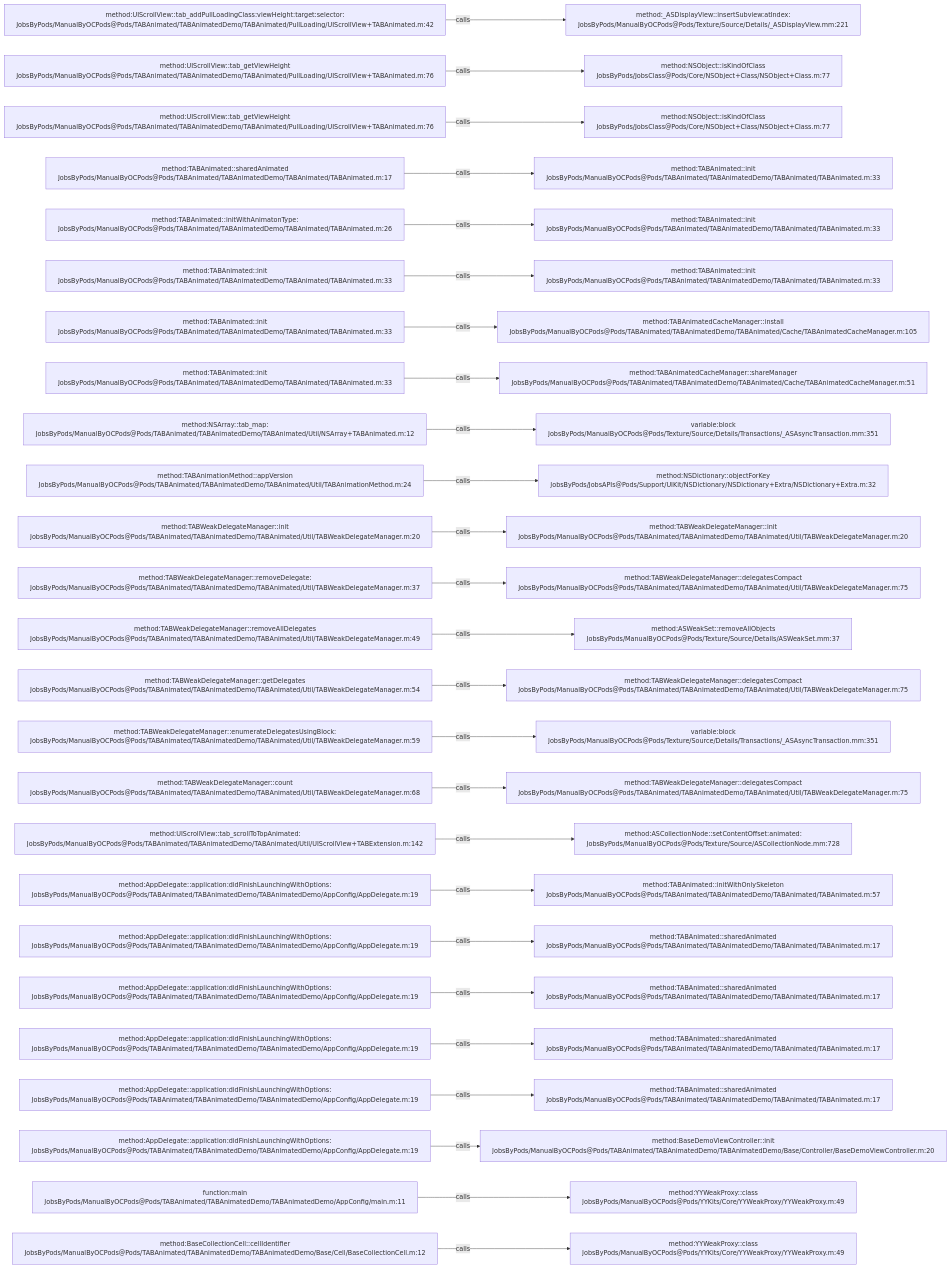
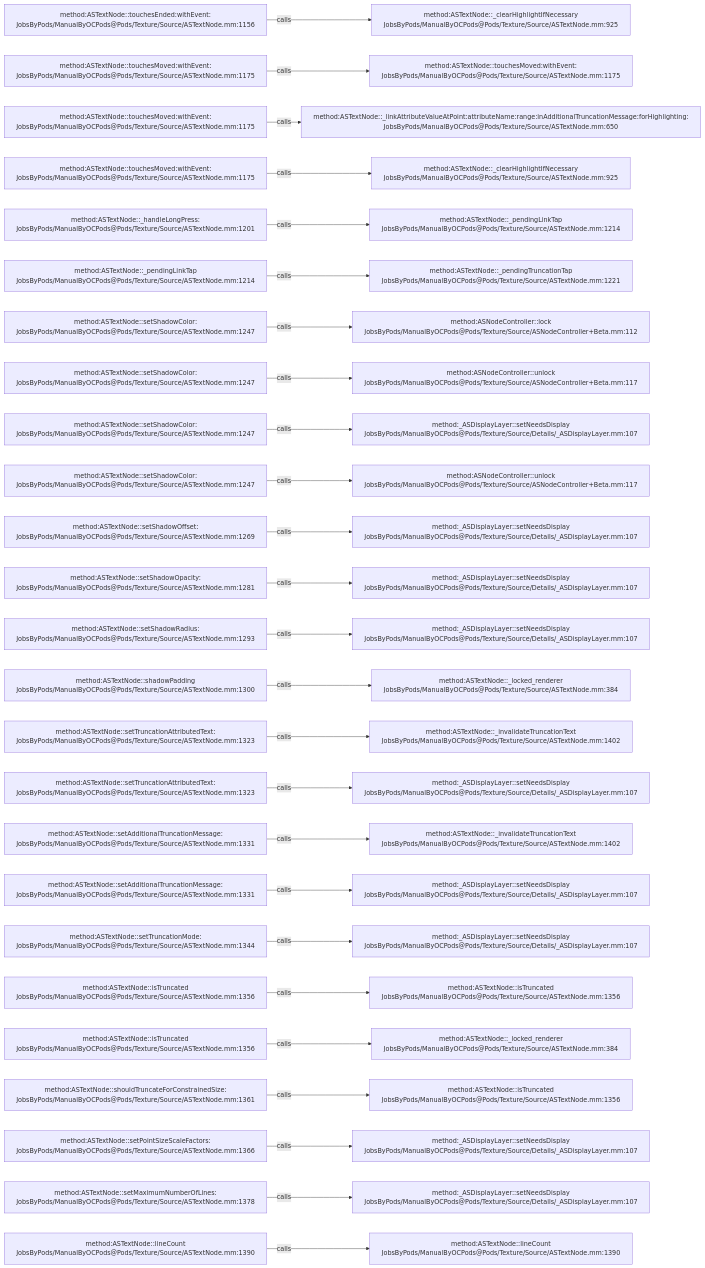
One commit to JobsKits/JobsOCBaseConfigDemo changed the diagram in .codegraph/codegraph.md/graphs/calls-145.md. Above: the diagram before and after it, drawn with Mermaid. The commit also changed 2162 other files, not shown here.

````diff
--- a/.codegraph/codegraph.md/graphs/calls-145.md
+++ b/.codegraph/codegraph.md/graphs/calls-145.md
@@ -13,78 +13,78 @@
 ```mermaid
 flowchart LR
-  S1["method:UIScrollView::tab_addPullLoadingClass:viewHeight:target:selector:<br/>JobsByPods/ManualByOCPods@Pods/TABAnimated/TABAnimatedDemo/TABAnimated/PullLoading/UIScrollView+TABAnimated.m:42"]
-  T1["method:_ASDisplayView::insertSubview:atIndex:<br/>JobsByPods/ManualByOCPods@Pods/Texture/Source/Details/_ASDisplayView.mm:221"]
+  S1["method:ASTextNode::touchesEnded:withEvent:<br/>JobsByPods/ManualByOCPods@Pods/Texture/Source/ASTextNode.mm:1156"]
+  T1["method:ASTextNode::_clearHighlightIfNecessary<br/>JobsByPods/ManualByOCPods@Pods/Texture/Source/ASTextNode.mm:925"]
   S1 -->|calls| T1
-  S2["method:UIScrollView::tab_getViewHeight<br/>JobsByPods/ManualByOCPods@Pods/TABAnimated/TABAnimatedDemo/TABAnimated/PullLoading/UIScrollView+TABAnimated.m:76"]
-  T2["method:NSObject::isKindOfClass<br/>JobsByPods/JobsClass@Pods/Core/NSObject+Class/NSObject+Class.m:77"]
+  S2["method:ASTextNode::touchesMoved:withEvent:<br/>JobsByPods/ManualByOCPods@Pods/Texture/Source/ASTextNode.mm:1175"]
+  T2["method:ASTextNode::touchesMoved:withEvent:<br/>JobsByPods/ManualByOCPods@Pods/Texture/Source/ASTextNode.mm:1175"]
   S2 -->|calls| T2
-  S3["method:UIScrollView::tab_getViewHeight<br/>JobsByPods/ManualByOCPods@Pods/TABAnimated/TABAnimatedDemo/TABAnimated/PullLoading/UIScrollView+TABAnimated.m:76"]
-  T3["method:NSObject::isKindOfClass<br/>JobsByPods/JobsClass@Pods/Core/NSObject+Class/NSObject+Class.m:77"]
+  S3["method:ASTextNode::touchesMoved:withEvent:<br/>JobsByPods/ManualByOCPods@Pods/Texture/Source/ASTextNode.mm:1175"]
+  T3["method:ASTextNode::_linkAttributeValueAtPoint:attributeName:range:inAdditionalTruncationMessage:forHighlighting:<br/>JobsByPods/ManualByOCPods@Pods/Texture/Source/ASTextNode.mm:650"]
   S3 -->|calls| T3
-  S4["method:TABAnimated::sharedAnimated<br/>JobsByPods/ManualByOCPods@Pods/TABAnimated/TABAnimatedDemo/TABAnimated/TABAnimated.m:17"]
-  T4["method:TABAnimated::init<br/>JobsByPods/ManualByOCPods@Pods/TABAnimated/TABAnimatedDemo/TABAnimated/TABAnimated.m:33"]
+  S4["method:ASTextNode::touchesMoved:withEvent:<br/>JobsByPods/ManualByOCPods@Pods/Texture/Source/ASTextNode.mm:1175"]
+  T4["method:ASTextNode::_clearHighlightIfNecessary<br/>JobsByPods/ManualByOCPods@Pods/Texture/Source/ASTextNode.mm:925"]
   S4 -->|calls| T4
-  S5["method:TABAnimated::initWithAnimatonType:<br/>JobsByPods/ManualByOCPods@Pods/TABAnimated/TABAnimatedDemo/TABAnimated/TABAnimated.m:26"]
-  T5["method:TABAnimated::init<br/>JobsByPods/ManualByOCPods@Pods/TABAnimated/TABAnimatedDemo/TABAnimated/TABAnimated.m:33"]
+  S5["method:ASTextNode::_handleLongPress:<br/>JobsByPods/ManualByOCPods@Pods/Texture/Source/ASTextNode.mm:1201"]
+  T5["method:ASTextNode::_pendingLinkTap<br/>JobsByPods/ManualByOCPods@Pods/Texture/Source/ASTextNode.mm:1214"]
   S5 -->|calls| T5
-  S6["method:TABAnimated::init<br/>JobsByPods/ManualByOCPods@Pods/TABAnimated/TABAnimatedDemo/TABAnimated/TABAnimated.m:33"]
-  T6["method:TABAnimated::init<br/>JobsByPods/ManualByOCPods@Pods/TABAnimated/TABAnimatedDemo/TABAnimated/TABAnimated.m:33"]
+  S6["method:ASTextNode::_pendingLinkTap<br/>JobsByPods/ManualByOCPods@Pods/Texture/Source/ASTextNode.mm:1214"]
+  T6["method:ASTextNode::_pendingTruncationTap<br/>JobsByPods/ManualByOCPods@Pods/Texture/Source/ASTextNode.mm:1221"]
   S6 -->|calls| T6
-  S7["method:TABAnimated::init<br/>JobsByPods/ManualByOCPods@Pods/TABAnimated/TABAnimatedDemo/TABAnimated/TABAnimated.m:33"]
-  T7["method:TABAnimatedCacheManager::install<br/>JobsByPods/ManualByOCPods@Pods/TABAnimated/TABAnimatedDemo/TABAnimated/Cache/TABAnimatedCacheManager.m:105"]
+  S7["method:ASTextNode::setShadowColor:<br/>JobsByPods/ManualByOCPods@Pods/Texture/Source/ASTextNode.mm:1247"]
+  T7["method:ASNodeController::lock<br/>JobsByPods/ManualByOCPods@Pods/Texture/Source/ASNodeController+Beta.mm:112"]
   S7 -->|calls| T7
-  S8["method:TABAnimated::init<br/>JobsByPods/ManualByOCPods@Pods/TABAnimated/TABAnimatedDemo/TABAnimated/TABAnimated.m:33"]
-  T8["method:TABAnimatedCacheManager::shareManager<br/>JobsByPods/ManualByOCPods@Pods/TABAnimated/TABAnimatedDemo/TABAnimated/Cache/TABAnimatedCacheManager.m:51"]
+  S8["method:ASTextNode::setShadowColor:<br/>JobsByPods/ManualByOCPods@Pods/Texture/Source/ASTextNode.mm:1247"]
+  T8["method:ASNodeController::unlock<br/>JobsByPods/ManualByOCPods@Pods/Texture/Source/ASNodeController+Beta.mm:117"]
   S8 -->|calls| T8
-  S9["method:NSArray::tab_map:<br/>JobsByPods/ManualByOCPods@Pods/TABAnimated/TABAnimatedDemo/TABAnimated/Util/NSArray+TABAnimated.m:12"]
-  T9["variable:block<br/>JobsByPods/ManualByOCPods@Pods/Texture/Source/Details/Transactions/_ASAsyncTransaction.mm:351"]
+  S9["method:ASTextNode::setShadowColor:<br/>JobsByPods/ManualByOCPods@Pods/Texture/Source/ASTextNode.mm:1247"]
+  T9["method:_ASDisplayLayer::setNeedsDisplay<br/>JobsByPods/ManualByOCPods@Pods/Texture/Source/Details/_ASDisplayLayer.mm:107"]
   S9 -->|calls| T9
-  S10["method:TABAnimationMethod::appVersion<br/>JobsByPods/ManualByOCPods@Pods/TABAnimated/TABAnimatedDemo/TABAnimated/Util/TABAnimationMethod.m:24"]
-  T10["method:NSDictionary::objectForKey<br/>JobsByPods/JobsAPIs@Pods/Support/UIKit/NSDictionary/NSDictionary+Extra/NSDictionary+Extra.m:32"]
+  S10["method:ASTextNode::setShadowColor:<br/>JobsByPods/ManualByOCPods@Pods/Texture/Source/ASTextNode.mm:1247"]
+  T10["method:ASNodeController::unlock<br/>JobsByPods/ManualByOCPods@Pods/Texture/Source/ASNodeController+Beta.mm:117"]
   S10 -->|calls| T10
-  S11["method:TABWeakDelegateManager::init<br/>JobsByPods/ManualByOCPods@Pods/TABAnimated/TABAnimatedDemo/TABAnimated/Util/TABWeakDelegateManager.m:20"]
-  T11["method:TABWeakDelegateManager::init<br/>JobsByPods/ManualByOCPods@Pods/TABAnimated/TABAnimatedDemo/TABAnimated/Util/TABWeakDelegateManager.m:20"]
+  S11["method:ASTextNode::setShadowOffset:<br/>JobsByPods/ManualByOCPods@Pods/Texture/Source/ASTextNode.mm:1269"]
+  T11["method:_ASDisplayLayer::setNeedsDisplay<br/>JobsByPods/ManualByOCPods@Pods/Texture/Source/Details/_ASDisplayLayer.mm:107"]
   S11 -->|calls| T11
-  S12["method:TABWeakDelegateManager::removeDelegate:<br/>JobsByPods/ManualByOCPods@Pods/TABAnimated/TABAnimatedDemo/TABAnimated/Util/TABWeakDelegateManager.m:37"]
-  T12["method:TABWeakDelegateManager::delegatesCompact<br/>JobsByPods/ManualByOCPods@Pods/TABAnimated/TABAnimatedDemo/TABAnimated/Util/TABWeakDelegateManager.m:75"]
+  S12["method:ASTextNode::setShadowOpacity:<br/>JobsByPods/ManualByOCPods@Pods/Texture/Source/ASTextNode.mm:1281"]
+  T12["method:_ASDisplayLayer::setNeedsDisplay<br/>JobsByPods/ManualByOCPods@Pods/Texture/Source/Details/_ASDisplayLayer.mm:107"]
   S12 -->|calls| T12
-  S13["method:TABWeakDelegateManager::removeAllDelegates<br/>JobsByPods/ManualByOCPods@Pods/TABAnimated/TABAnimatedDemo/TABAnimated/Util/TABWeakDelegateManager.m:49"]
-  T13["method:ASWeakSet::removeAllObjects<br/>JobsByPods/ManualByOCPods@Pods/Texture/Source/Details/ASWeakSet.mm:37"]
+  S13["method:ASTextNode::setShadowRadius:<br/>JobsByPods/ManualByOCPods@Pods/Texture/Source/ASTextNode.mm:1293"]
+  T13["method:_ASDisplayLayer::setNeedsDisplay<br/>JobsByPods/ManualByOCPods@Pods/Texture/Source/Details/_ASDisplayLayer.mm:107"]
   S13 -->|calls| T13
-  S14["method:TABWeakDelegateManager::getDelegates<br/>JobsByPods/ManualByOCPods@Pods/TABAnimated/TABAnimatedDemo/TABAnimated/Util/TABWeakDelegateManager.m:54"]
-  T14["method:TABWeakDelegateManager::delegatesCompact<br/>JobsByPods/ManualByOCPods@Pods/TABAnimated/TABAnimatedDemo/TABAnimated/Util/TABWeakDelegateManager.m:75"]
+  S14["method:ASTextNode::shadowPadding<br/>JobsByPods/ManualByOCPods@Pods/Texture/Source/ASTextNode.mm:1300"]
+  T14["method:ASTextNode::_locked_renderer<br/>JobsByPods/ManualByOCPods@Pods/Texture/Source/ASTextNode.mm:384"]
   S14 -->|calls| T14
-  S15["method:TABWeakDelegateManager::enumerateDelegatesUsingBlock:<br/>JobsByPods/ManualByOCPods@Pods/TABAnimated/TABAnimatedDemo/TABAnimated/Util/TABWeakDelegateManager.m:59"]
-  T15["variable:block<br/>JobsByPods/ManualByOCPods@Pods/Texture/Source/Details/Transactions/_ASAsyncTransaction.mm:351"]
+  S15["method:ASTextNode::setTruncationAttributedText:<br/>JobsByPods/ManualByOCPods@Pods/Texture/Source/ASTextNode.mm:1323"]
+  T15["method:ASTextNode::_invalidateTruncationText<br/>JobsByPods/ManualByOCPods@Pods/Texture/Source/ASTextNode.mm:1402"]
   S15 -->|calls| T15
-  S16["method:TABWeakDelegateManager::count<br/>JobsByPods/ManualByOCPods@Pods/TABAnimated/TABAnimatedDemo/TABAnimated/Util/TABWeakDelegateManager.m:68"]
-  T16["method:TABWeakDelegateManager::delegatesCompact<br/>JobsByPods/ManualByOCPods@Pods/TABAnimated/TABAnimatedDemo/TABAnimated/Util/TABWeakDelegateManager.m:75"]
+  S16["method:ASTextNode::setTruncationAttributedText:<br/>JobsByPods/ManualByOCPods@Pods/Texture/Source/ASTextNode.mm:1323"]
+  T16["method:_ASDisplayLayer::setNeedsDisplay<br/>JobsByPods/ManualByOCPods@Pods/Texture/Source/Details/_ASDisplayLayer.mm:107"]
   S16 -->|calls| T16
-  S17["method:UIScrollView::tab_scrollToTopAnimated:<br/>JobsByPods/ManualByOCPods@Pods/TABAnimated/TABAnimatedDemo/TABAnimated/Util/UIScrollView+TABExtension.m:142"]
-  T17["method:ASCollectionNode::setContentOffset:animated:<br/>JobsByPods/ManualByOCPods@Pods/Texture/Source/ASCollectionNode.mm:728"]
+  S17["method:ASTextNode::setAdditionalTruncationMessage:<br/>JobsByPods/ManualByOCPods@Pods/Texture/Source/ASTextNode.mm:1331"]
+  T17["method:ASTextNode::_invalidateTruncationText<br/>JobsByPods/ManualByOCPods@Pods/Texture/Source/ASTextNode.mm:1402"]
   S17 -->|calls| T17
-  S18["method:AppDelegate::application:didFinishLaunchingWithOptions:<br/>JobsByPods/ManualByOCPods@Pods/TABAnimated/TABAnimatedDemo/TABAnimatedDemo/AppConfig/AppDelegate.m:19"]
-  T18["method:TABAnimated::initWithOnlySkeleton<br/>JobsByPods/ManualByOCPods@Pods/TABAnimated/TABAnimatedDemo/TABAnimated/TABAnimated.m:57"]
+  S18["method:ASTextNode::setAdditionalTruncationMessage:<br/>JobsByPods/ManualByOCPods@Pods/Texture/Source/ASTextNode.mm:1331"]
+  T18["method:_ASDisplayLayer::setNeedsDisplay<br/>JobsByPods/ManualByOCPods@Pods/Texture/Source/Details/_ASDisplayLayer.mm:107"]
   S18 -->|calls| T18
-  S19["method:AppDelegate::application:didFinishLaunchingWithOptions:<br/>JobsByPods/ManualByOCPods@Pods/TABAnimated/TABAnimatedDemo/TABAnimatedDemo/AppConfig/AppDelegate.m:19"]
-  T19["method:TABAnimated::sharedAnimated<br/>JobsByPods/ManualByOCPods@Pods/TABAnimated/TABAnimatedDemo/TABAnimated/TABAnimated.m:17"]
+  S19["method:ASTextNode::setTruncationMode:<br/>JobsByPods/ManualByOCPods@Pods/Texture/Source/ASTextNode.mm:1344"]
+  T19["method:_ASDisplayLayer::setNeedsDisplay<br/>JobsByPods/ManualByOCPods@Pods/Texture/Source/Details/_ASDisplayLayer.mm:107"]
   S19 -->|calls| T19
-  S20["method:AppDelegate::application:didFinishLaunchingWithOptions:<br/>JobsByPods/ManualByOCPods@Pods/TABAnimated/TABAnimatedDemo/TABAnimatedDemo/AppConfig/AppDelegate.m:19"]
-  T20["method:TABAnimated::sharedAnimated<br/>JobsByPods/ManualByOCPods@Pods/TABAnimated/TABAnimatedDemo/TABAnimated/TABAnimated.m:17"]
+  S20["method:ASTextNode::isTruncated<br/>JobsByPods/ManualByOCPods@Pods/Texture/Source/ASTextNode.mm:1356"]
+  T20["method:ASTextNode::isTruncated<br/>JobsByPods/ManualByOCPods@Pods/Texture/Source/ASTextNode.mm:1356"]
   S20 -->|calls| T20
-  S21["method:AppDelegate::application:didFinishLaunchingWithOptions:<br/>JobsByPods/ManualByOCPods@Pods/TABAnimated/TABAnimatedDemo/TABAnimatedDemo/AppConfig/AppDelegate.m:19"]
-  T21["method:TABAnimated::sharedAnimated<br/>JobsByPods/ManualByOCPods@Pods/TABAnimated/TABAnimatedDemo/TABAnimated/TABAnimated.m:17"]
+  S21["method:ASTextNode::isTruncated<br/>JobsByPods/ManualByOCPods@Pods/Texture/Source/ASTextNode.mm:1356"]
+  T21["method:ASTextNode::_locked_renderer<br/>JobsByPods/ManualByOCPods@Pods/Texture/Source/ASTextNode.mm:384"]
   S21 -->|calls| T21
-  S22["method:AppDelegate::application:didFinishLaunchingWithOptions:<br/>JobsByPods/ManualByOCPods@Pods/TABAnimated/TABAnimatedDemo/TABAnimatedDemo/AppConfig/AppDelegate.m:19"]
-  T22["method:TABAnimated::sharedAnimated<br/>JobsByPods/ManualByOCPods@Pods/TABAnimated/TABAnimatedDemo/TABAnimated/TABAnimated.m:17"]
+  S22["method:ASTextNode::shouldTruncateForConstrainedSize:<br/>JobsByPods/ManualByOCPods@Pods/Texture/Source/ASTextNode.mm:1361"]
+  T22["method:ASTextNode::isTruncated<br/>JobsByPods/ManualByOCPods@Pods/Texture/Source/ASTextNode.mm:1356"]
   S22 -->|calls| T22
-  S23["method:AppDelegate::application:didFinishLaunchingWithOptions:<br/>JobsByPods/ManualByOCPods@Pods/TABAnimated/TABAnimatedDemo/TABAnimatedDemo/AppConfig/AppDelegate.m:19"]
-  T23["method:BaseDemoViewController::init<br/>JobsByPods/ManualByOCPods@Pods/TABAnimated/TABAnimatedDemo/TABAnimatedDemo/Base/Controller/BaseDemoViewController.m:20"]
+  S23["method:ASTextNode::setPointSizeScaleFactors:<br/>JobsByPods/ManualByOCPods@Pods/Texture/Source/ASTextNode.mm:1366"]
+  T23["method:_ASDisplayLayer::setNeedsDisplay<br/>JobsByPods/ManualByOCPods@Pods/Texture/Source/Details/_ASDisplayLayer.mm:107"]
   S23 -->|calls| T23
-  S24["function:main<br/>JobsByPods/ManualByOCPods@Pods/TABAnimated/TABAnimatedDemo/TABAnimatedDemo/AppConfig/main.m:11"]
-  T24["method:YYWeakProxy::class<br/>JobsByPods/ManualByOCPods@Pods/YYKits/Core/YYWeakProxy/YYWeakProxy.m:49"]
+  S24["method:ASTextNode::setMaximumNumberOfLines:<br/>JobsByPods/ManualByOCPods@Pods/Texture/Source/ASTextNode.mm:1378"]
+  T24["method:_ASDisplayLayer::setNeedsDisplay<br/>JobsByPods/ManualByOCPods@Pods/Texture/Source/Details/_ASDisplayLayer.mm:107"]
   S24 -->|calls| T24
-  S25["method:BaseCollectionCell::cellIdentifier<br/>JobsByPods/ManualByOCPods@Pods/TABAnimated/TABAnimatedDemo/TABAnimatedDemo/Base/Cell/BaseCollectionCell.m:12"]
-  T25["method:YYWeakProxy::class<br/>JobsByPods/ManualByOCPods@Pods/YYKits/Core/YYWeakProxy/YYWeakProxy.m:49"]
+  S25["method:ASTextNode::lineCount<br/>JobsByPods/ManualByOCPods@Pods/Texture/Source/ASTextNode.mm:1390"]
+  T25["method:ASTextNode::lineCount<br/>JobsByPods/ManualByOCPods@Pods/Texture/Source/ASTextNode.mm:1390"]
   S25 -->|calls| T25
 ```
````
